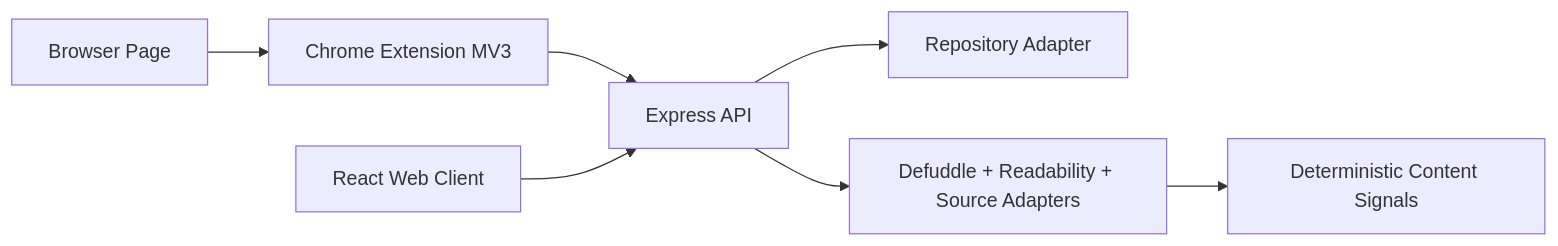
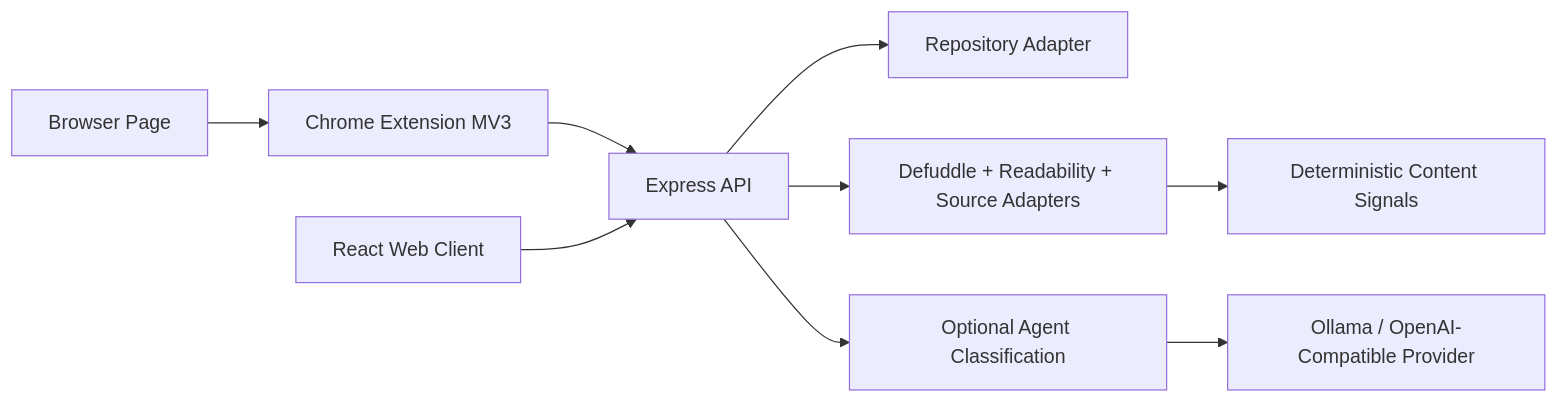
The diagram in docs/TECHNICAL_DESIGN.md (c0sc0s/Hunter), drawn with Mermaid before and after one commit. The commit also changed other lines of this file and 74 other files, not shown here.

Commit message:
Ship desktop shell and agent classification

````diff
--- a/docs/TECHNICAL_DESIGN.md
+++ b/docs/TECHNICAL_DESIGN.md
@@ -5,9 +5,11 @@
 ```mermaid
 flowchart LR
   Browser["Browser Page"] --> Extension["Chrome Extension MV3"]
   Extension --> API["Express API"]
   Web["React Web Client"] --> API
   API --> Store["Repository Adapter"]
   API --> Extractor["Defuddle + Readability + Source Adapters"]
   Extractor --> Signals["Deterministic Content Signals"]
+  API --> Agent["Optional Agent Classification"]
+  Agent --> LLM["Ollama / OpenAI-Compatible Provider"]
 ```
````
